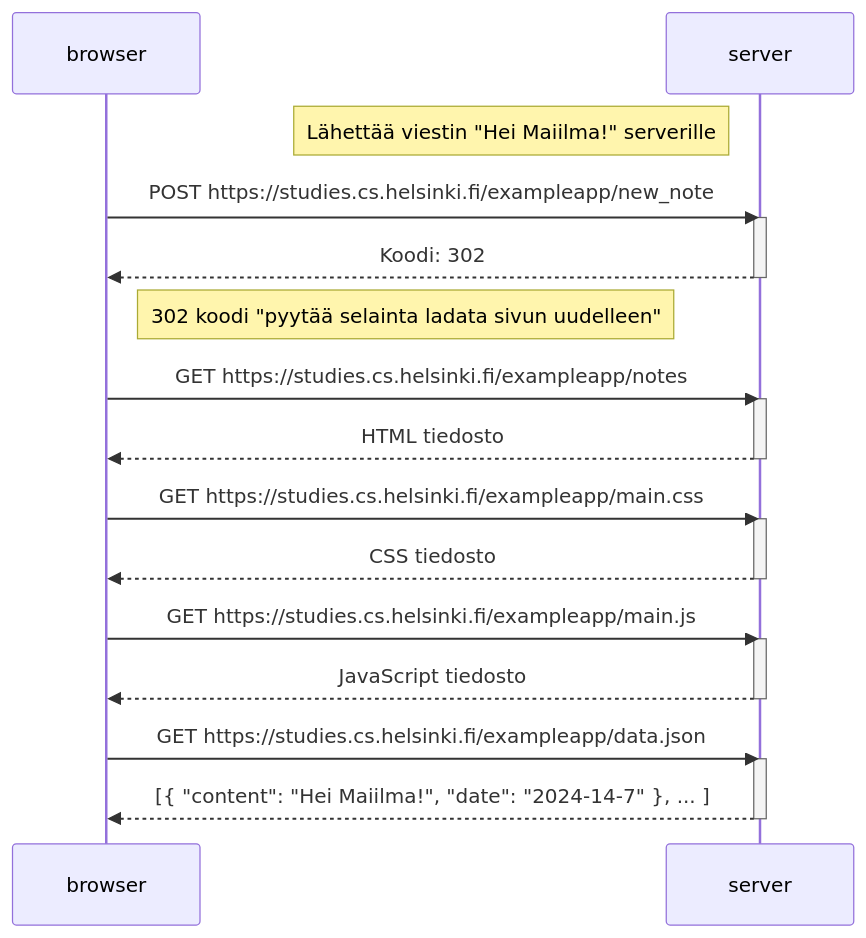
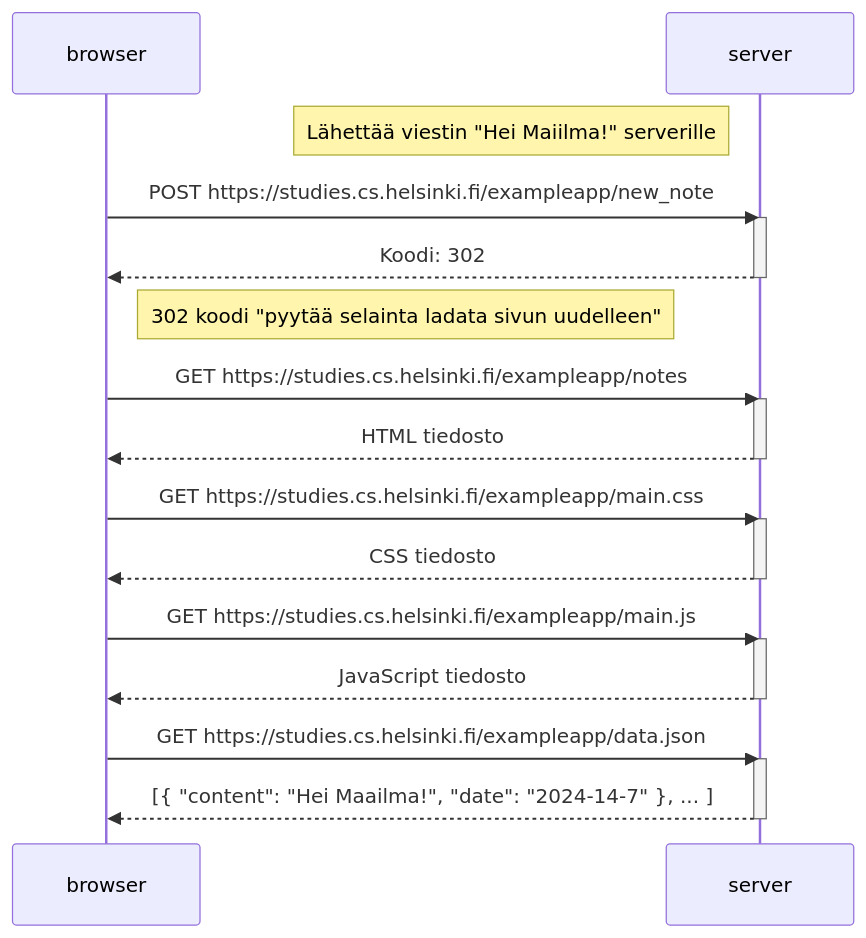
One commit to anonymous2301/palautusrepositorio changed the diagram in osa0/0.4: uusi muistiinpano.md. Above: the diagram before and after it, drawn with Mermaid.

Commit message:
Update 0.4: uusi muistiinpano.md

````diff
--- a/osa0/0.4: uusi muistiinpano.md
+++ b/osa0/0.4: uusi muistiinpano.md
@@ -3,35 +3,35 @@
 ```mermaid
 sequenceDiagram
 
     participant browser
     participant server
 
     Note left of server: Lähettää viestin "Hei Maiilma!" serverille
 
     browser->>server: POST https://studies.cs.helsinki.fi/exampleapp/new_note
     activate server
     server-->>browser: Koodi: 302
     deactivate server
 
     Note right of browser: 302 koodi "pyytää selainta ladata sivun uudelleen"
 
     browser->>server: GET https://studies.cs.helsinki.fi/exampleapp/notes
     activate server
     server-->>browser: HTML tiedosto
     deactivate server
 
     browser->>server: GET https://studies.cs.helsinki.fi/exampleapp/main.css
     activate server
     server-->>browser: CSS tiedosto
     deactivate server
 
     browser->>server: GET https://studies.cs.helsinki.fi/exampleapp/main.js
     activate server
     server-->>browser: JavaScript tiedosto
     deactivate server
 
     browser->>server: GET https://studies.cs.helsinki.fi/exampleapp/data.json
     activate server
-    server-->>browser: [{ "content": "Hei Maiilma!", "date": "2024-14-7" }, ... ]
+    server-->>browser: [{ "content": "Hei Maailma!", "date": "2024-14-7" }, ... ]
     deactivate server
 ```
````
